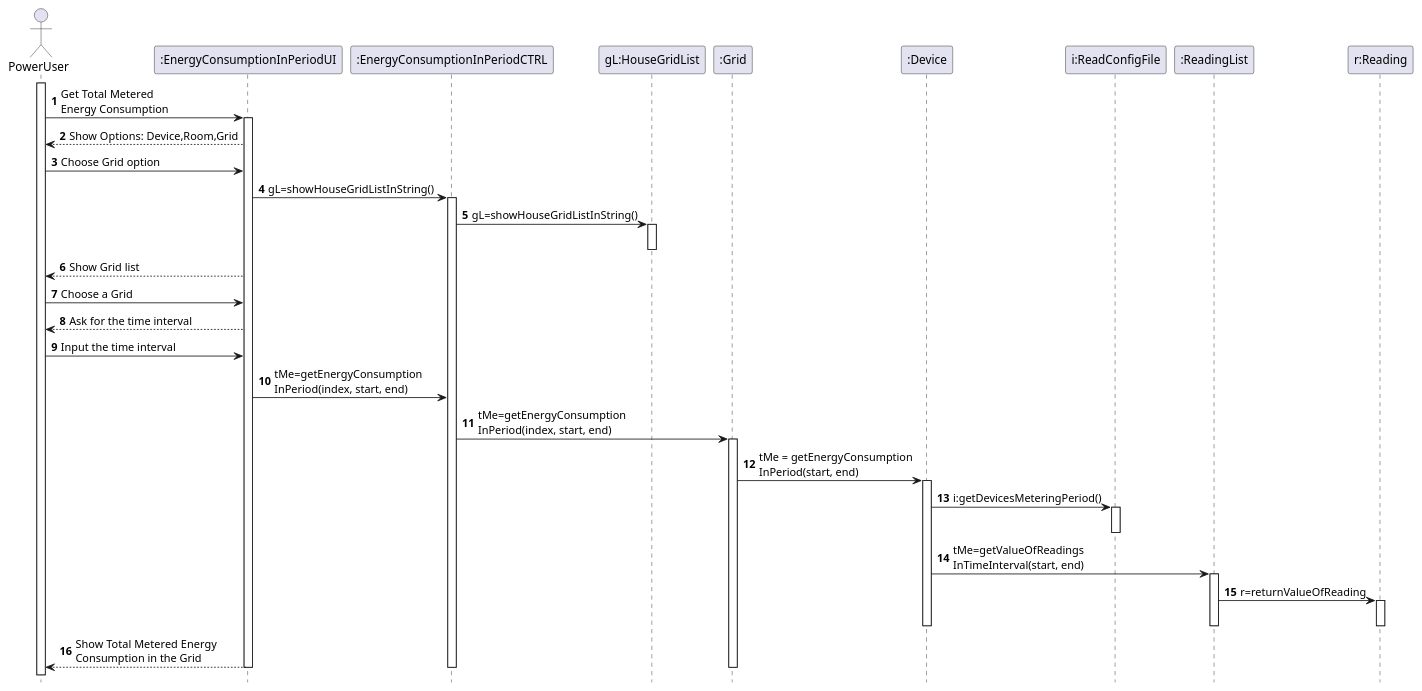
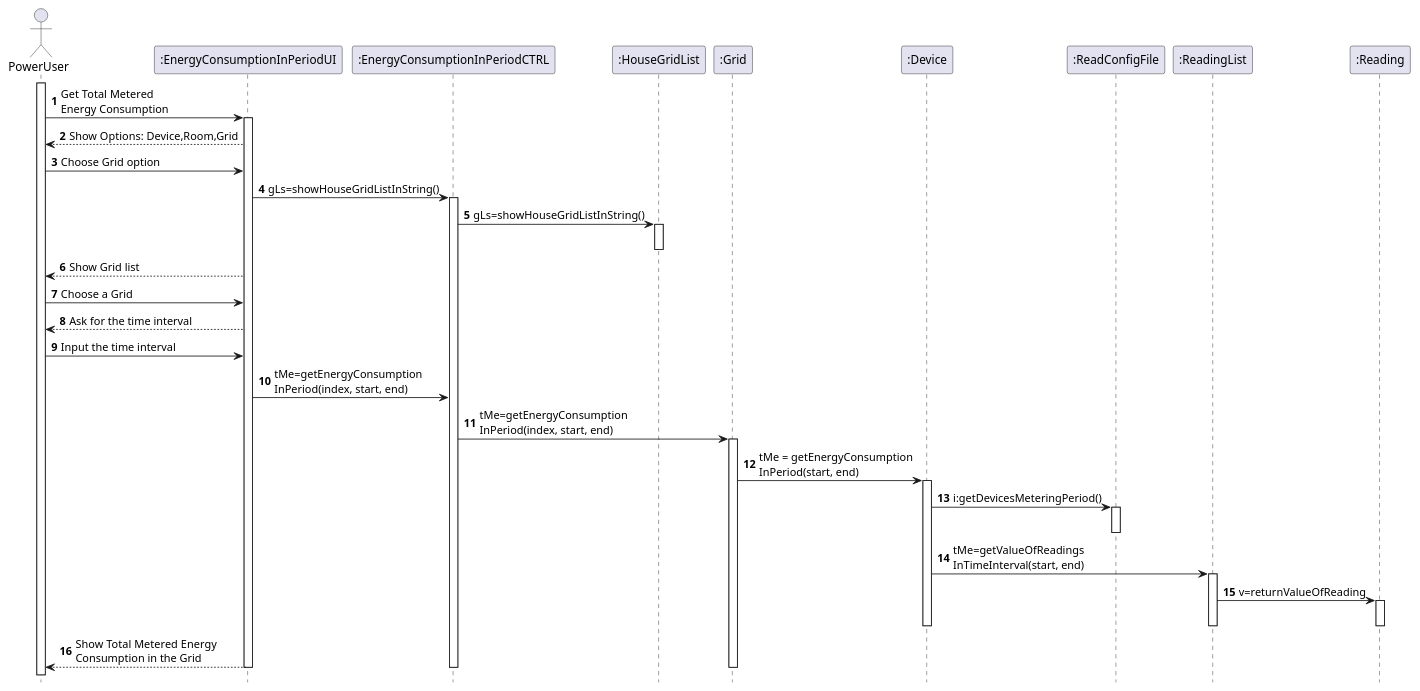
The diagram in src/main/java/smarthome/uml/sequencediagrams/GridEnergyConsumptionInPeriod.puml (emanuel-pereira/hou), drawn with PlantUML before and after one commit. The commit also changed 1 other file, not shown here.

Commit message:
Update EnergyConsumptionInPeriod UML

```diff
--- a/src/main/java/smarthome/uml/sequencediagrams/GridEnergyConsumptionInPeriod.puml
+++ b/src/main/java/smarthome/uml/sequencediagrams/GridEnergyConsumptionInPeriod.puml
@@ -1,41 +1,41 @@
 @startuml
 autonumber
 hidefootbox
 actor PowerUser
 
 activate PowerUser
 PowerUser -> ":EnergyConsumptionInPeriodUI": Get Total Metered\nEnergy Consumption
 activate  ":EnergyConsumptionInPeriodUI"
 PowerUser <-- ":EnergyConsumptionInPeriodUI": Show Options: Device,Room,Grid
 PowerUser -> ":EnergyConsumptionInPeriodUI": Choose Grid option
-":EnergyConsumptionInPeriodUI" -> ":EnergyConsumptionInPeriodCTRL": gL=showHouseGridListInString()
+":EnergyConsumptionInPeriodUI" -> ":EnergyConsumptionInPeriodCTRL": gLs=showHouseGridListInString()
 activate ":EnergyConsumptionInPeriodCTRL"
-":EnergyConsumptionInPeriodCTRL" -> "gL:HouseGridList": gL=showHouseGridListInString()
-activate "gL:HouseGridList"
-deactivate "gL:HouseGridList"
+":EnergyConsumptionInPeriodCTRL" -> ":HouseGridList": gLs=showHouseGridListInString()
+activate ":HouseGridList"
+deactivate ":HouseGridList"
 PowerUser <-- ":EnergyConsumptionInPeriodUI": Show Grid list
 PowerUser -> ":EnergyConsumptionInPeriodUI": Choose a Grid
 PowerUser <-- ":EnergyConsumptionInPeriodUI": Ask for the time interval
 PowerUser -> ":EnergyConsumptionInPeriodUI": Input the time interval
 ":EnergyConsumptionInPeriodUI" -> ":EnergyConsumptionInPeriodCTRL": tMe=getEnergyConsumption\nInPeriod(index, start, end)
 ":EnergyConsumptionInPeriodCTRL" -> ":Grid": tMe=getEnergyConsumption\nInPeriod(index, start, end)
 activate ":Grid"
 ":Grid" -> ":Device": tMe = getEnergyConsumption\nInPeriod(start, end)
 activate ":Device"
-":Device" -> "i:ReadConfigFile": i:getDevicesMeteringPeriod()
-activate "i:ReadConfigFile"
-deactivate "i:ReadConfigFile"
+":Device" -> ":ReadConfigFile": i:getDevicesMeteringPeriod()
+activate ":ReadConfigFile"
+deactivate ":ReadConfigFile"
 ":Device" -> ":ReadingList": tMe=getValueOfReadings\nInTimeInterval(start, end)
 activate ":ReadingList"
-":ReadingList" -> "r:Reading": r=returnValueOfReading
-activate "r:Reading"
-deactivate "r:Reading"
+":ReadingList" -> ":Reading": v=returnValueOfReading
+activate ":Reading"
+deactivate ":Reading"
 deactivate ":ReadingList"
 deactivate ":Device"
 PowerUser <-- ":EnergyConsumptionInPeriodUI": Show Total Metered Energy\nConsumption in the Grid
 deactivate ":Grid"
 deactivate ":EnergyConsumptionInPeriodCTRL"
 deactivate ":EnergyConsumptionInPeriodUI"
 
 
 @enduml
```
